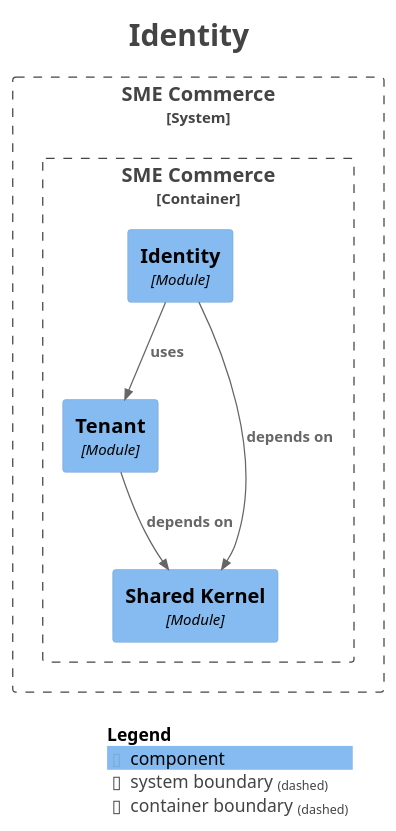
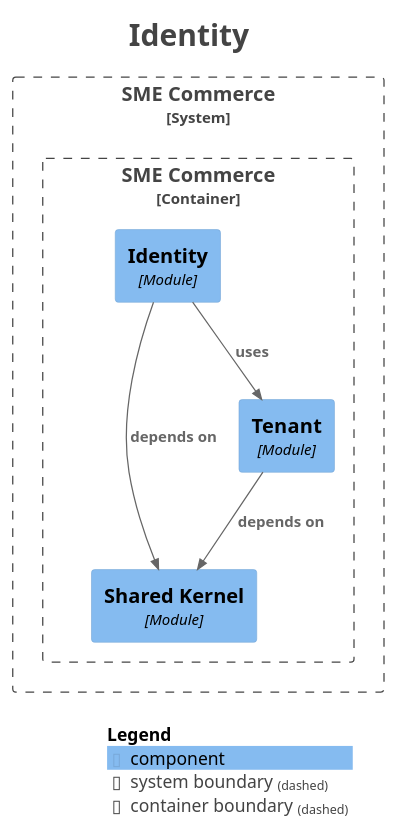
One commit to hezronokwach/sme-commerce-platform changed the diagram in docs/modules/module-identity.puml. Above: the diagram before and after it, drawn with PlantUML. The commit also changed other lines of this file and 25 other files, not shown here.

```diff
--- a/docs/modules/module-identity.puml
+++ b/docs/modules/module-identity.puml
@@ -1,33 +1,33 @@
 @startuml
 title <size:24>Identity</size>
 
 set separator none
 top to bottom direction
 
 <style>
   root {
     BackgroundColor: #ffffff
     FontColor: #444444
   }
 </style>
 
 !include <C4/C4>
 !include <C4/C4_Context>
 !include <C4/C4_Component>
 
 System_Boundary("SMECommerce_boundary", "SME Commerce", $tags="") {
   Container_Boundary("SMECommerce.SMECommerce_boundary", "SME Commerce", $tags="") {
-    Component(SMECommerce.SMECommerce.Tenant, "Tenant", $techn="Module", $descr="", $tags="", $link="")
     Component(SMECommerce.SMECommerce.Identity, "Identity", $techn="Module", $descr="", $tags="", $link="")
     Component(SMECommerce.SMECommerce.SharedKernel, "Shared Kernel", $techn="Module", $descr="", $tags="", $link="")
+    Component(SMECommerce.SMECommerce.Tenant, "Tenant", $techn="Module", $descr="", $tags="", $link="")
   }
 
 }
 
 Rel(SMECommerce.SMECommerce.Identity, SMECommerce.SMECommerce.SharedKernel, "depends on", $techn="", $tags="", $link="")
 Rel(SMECommerce.SMECommerce.Identity, SMECommerce.SMECommerce.Tenant, "uses", $techn="", $tags="", $link="")
 Rel(SMECommerce.SMECommerce.Tenant, SMECommerce.SMECommerce.SharedKernel, "depends on", $techn="", $tags="", $link="")
 
 SHOW_LEGEND(true)
 hide stereotypes
 @enduml
```
